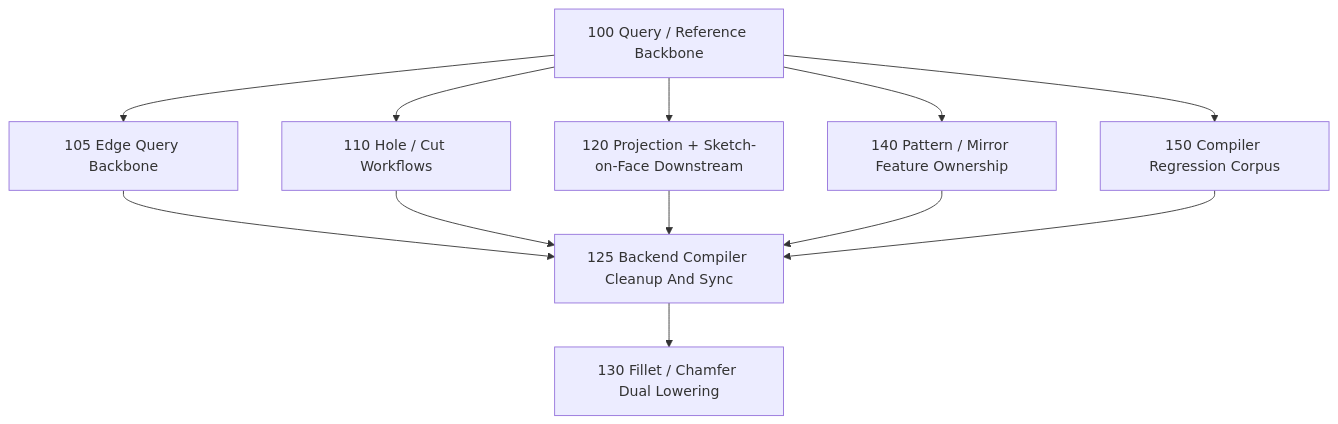
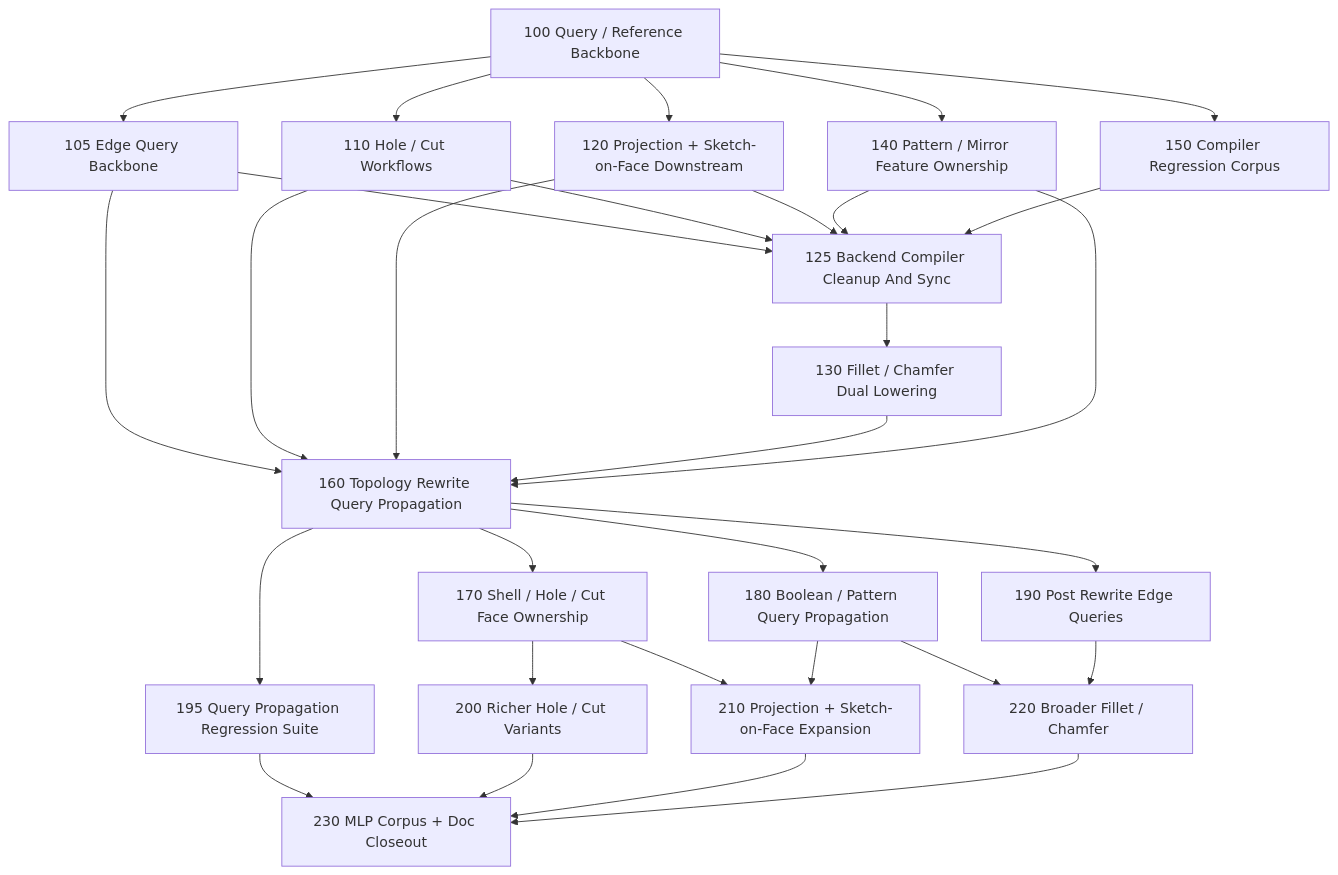
Before and after one commit to KoStard/forgecad-public-kit: the diagram in docs/temporary/projects/2026/03/backend-compiler-program/task-graph.md, drawn with Mermaid. The commit also changed other lines of this file and 11 other files, not shown here.

````diff
--- a/docs/temporary/projects/2026/03/backend-compiler-program/task-graph.md
+++ b/docs/temporary/projects/2026/03/backend-compiler-program/task-graph.md
@@ -29,23 +38,50 @@
 ```mermaid
 graph TD
   T100["100 Query / Reference Backbone"]
   T105["105 Edge Query Backbone"]
   T110["110 Hole / Cut Workflows"]
   T120["120 Projection + Sketch-on-Face Downstream"]
   T125["125 Backend Compiler Cleanup And Sync"]
   T130["130 Fillet / Chamfer Dual Lowering"]
   T140["140 Pattern / Mirror Feature Ownership"]
   T150["150 Compiler Regression Corpus"]
+  T160["160 Topology Rewrite Query Propagation"]
+  T170["170 Shell / Hole / Cut Face Ownership"]
+  T180["180 Boolean / Pattern Query Propagation"]
+  T190["190 Post Rewrite Edge Queries"]
+  T195["195 Query Propagation Regression Suite"]
+  T200["200 Richer Hole / Cut Variants"]
+  T210["210 Projection + Sketch-on-Face Expansion"]
+  T220["220 Broader Fillet / Chamfer"]
+  T230["230 MLP Corpus + Doc Closeout"]
 
   T100 --> T105
   T100 --> T110
   T100 --> T120
   T100 --> T140
   T100 --> T150
   T105 --> T125
   T110 --> T125
   T120 --> T125
   T140 --> T125
   T150 --> T125
   T125 --> T130
+  T105 --> T160
+  T110 --> T160
+  T120 --> T160
+  T130 --> T160
+  T140 --> T160
+  T160 --> T170
+  T160 --> T180
+  T160 --> T190
+  T160 --> T195
+  T170 --> T200
+  T170 --> T210
+  T180 --> T210
+  T180 --> T220
+  T190 --> T220
+  T195 --> T230
+  T200 --> T230
+  T210 --> T230
+  T220 --> T230
 ```
````
